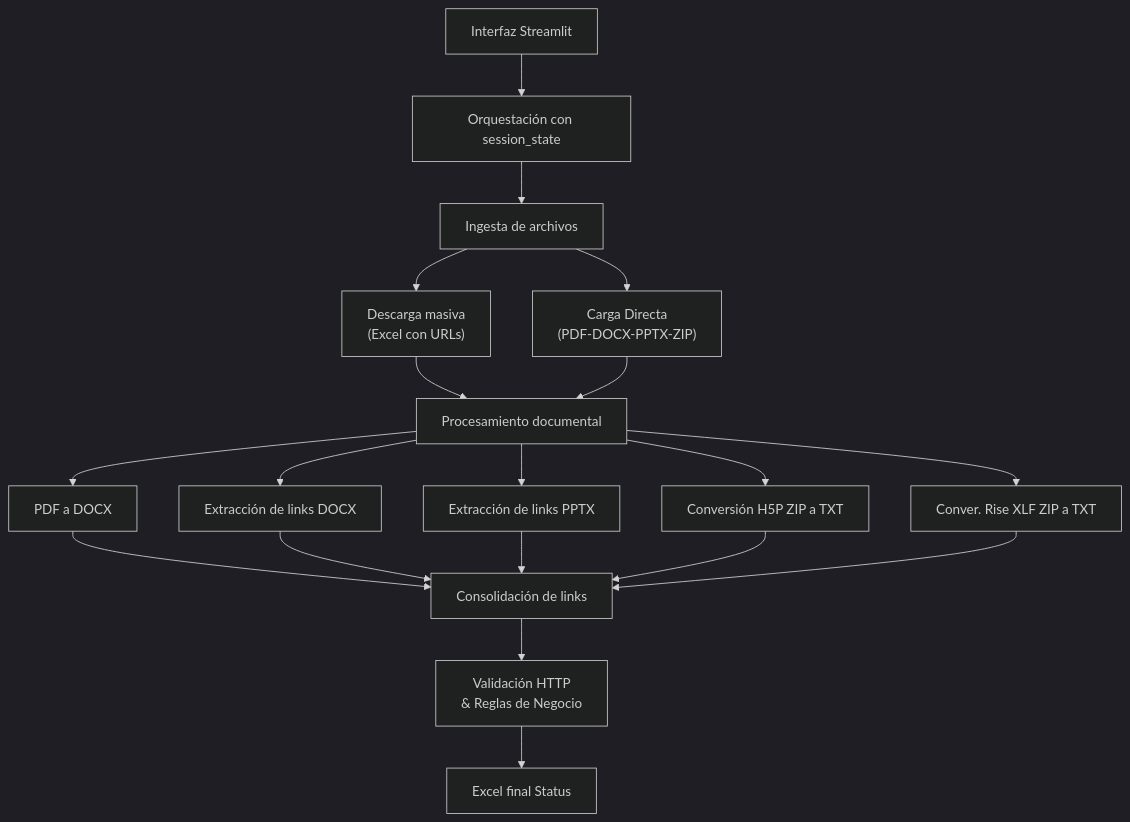
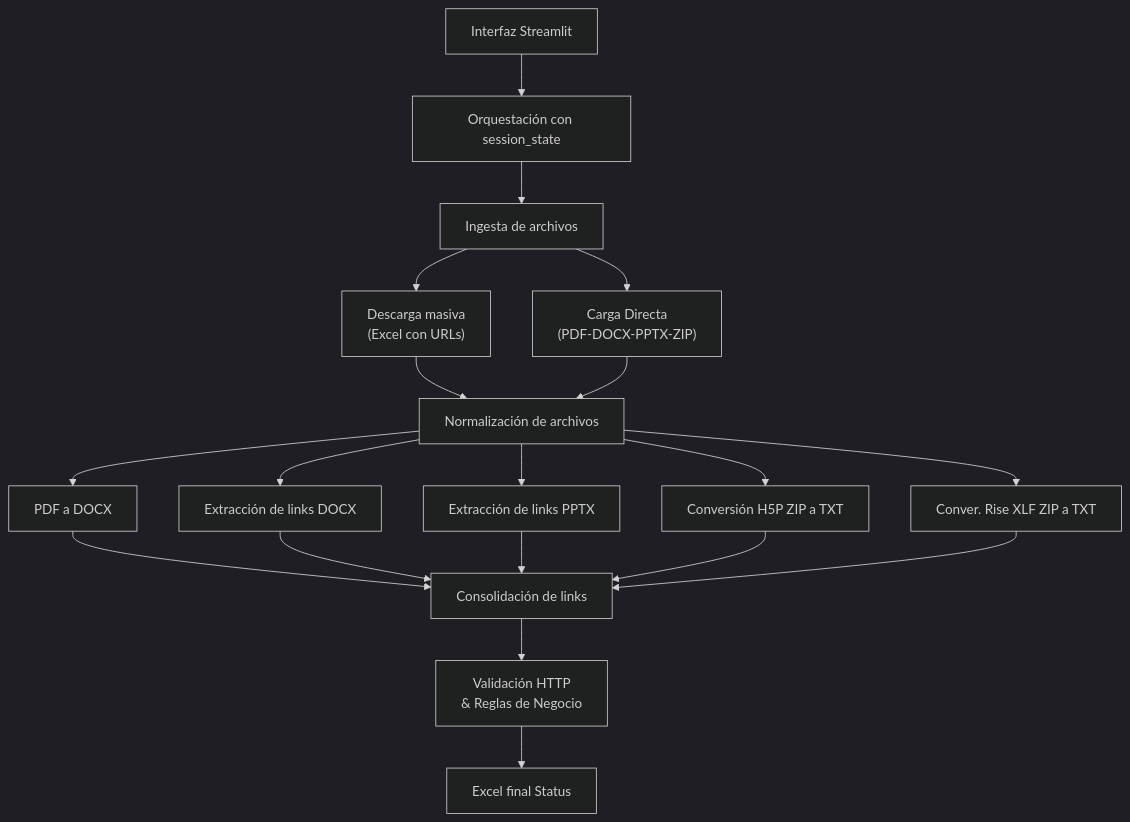
The diagram in README.md (joseluisantunezcondezo/UTP_Broken_Link_Checker), drawn with Mermaid (dark theme) before and after one commit.

Commit message:
README.md

````diff
--- a/README.md
+++ b/README.md
@@ -180,24 +180,24 @@
 ```mermaid
 flowchart TD
     A["Interfaz Streamlit"] --> B["Orquestación con session_state"]
     B --> C["Ingesta de archivos"]
     C --> D1["Descarga masiva
               (Excel con URLs)"]
     C --> D2["Carga Directa
              (PDF-DOCX-PPTX-ZIP)"]
-    D1 --> E["Procesamiento documental"]
+    D1 --> E["Normalización de archivos"]
     D2 --> E
     E --> F1["PDF a DOCX"]
     E --> F2["Extracción de links DOCX"]
     E --> F3[Extracción de links PPTX]
     E --> F4[Conversión H5P ZIP a TXT]
     E --> F5[Conver. Rise XLF ZIP a TXT]
     F1 --> G[Consolidación de links]
     F2 --> G
     F3 --> G
     F4 --> G
     F5 --> G
     G --> H["Validación HTTP
             & Reglas de Negocio"]
     H --> I[Excel final Status]
 ```
````
